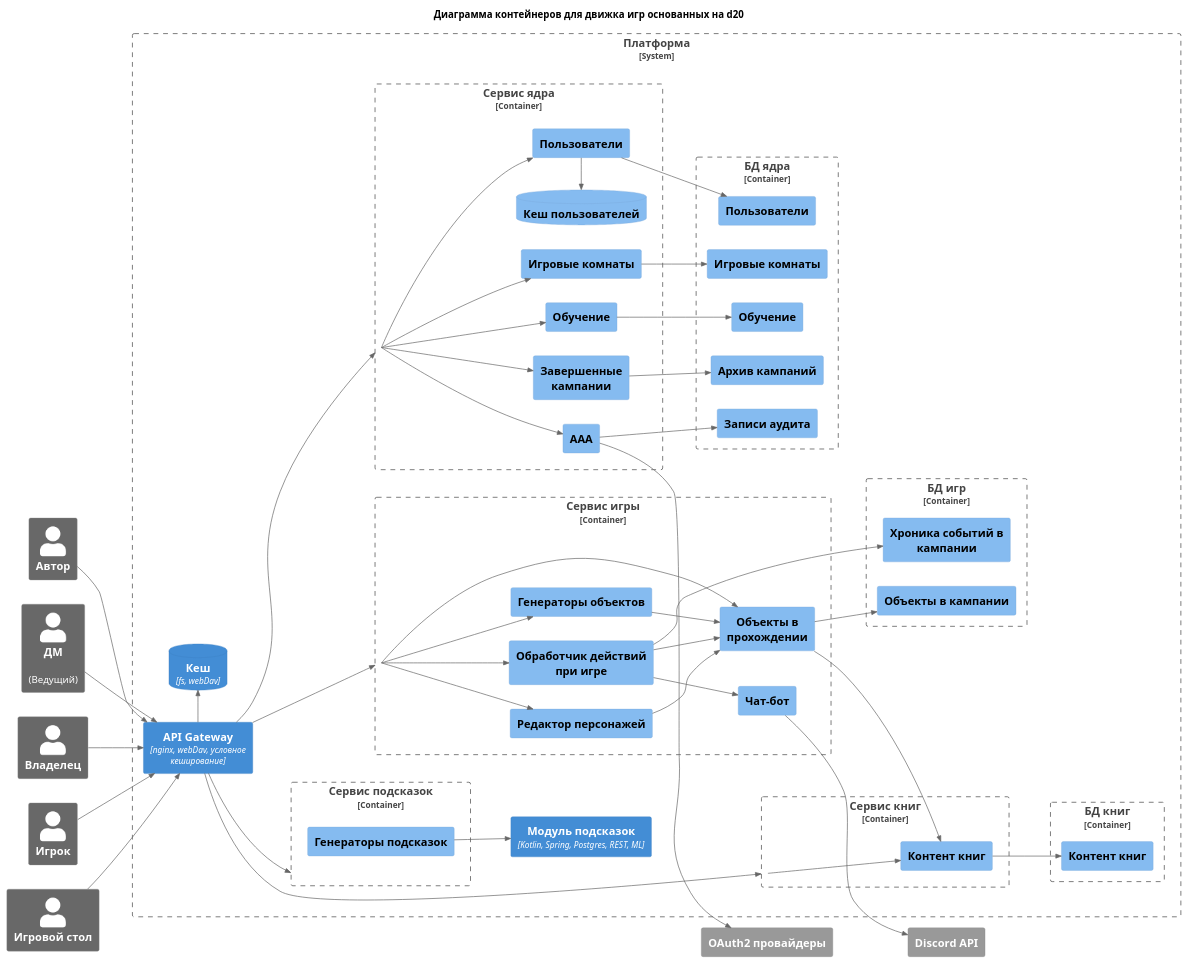
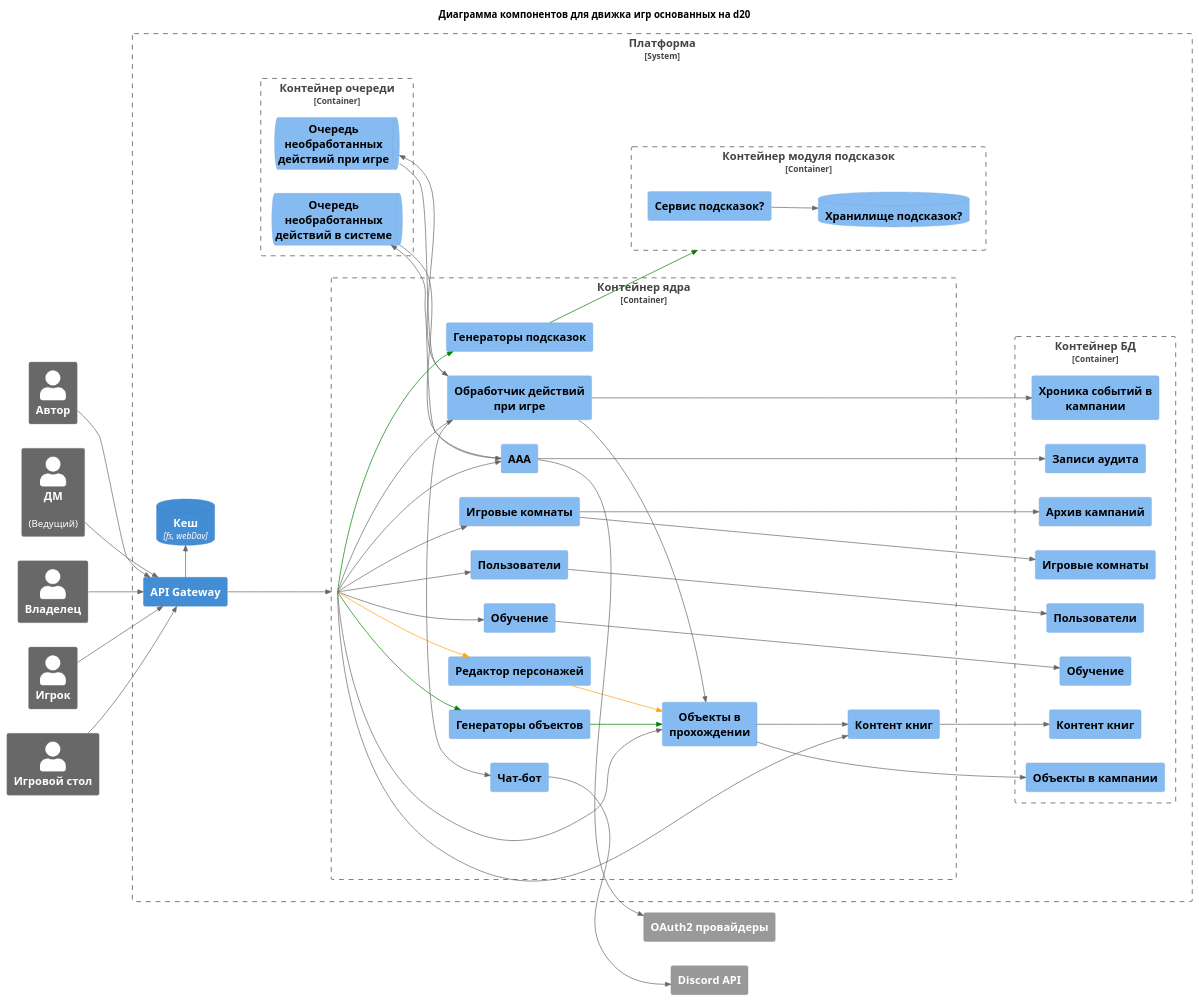
The diagram in chart/с4/C4component_1.puml (butakovmv/d20e_arch), drawn with PlantUML before and after one commit. The commit also changed 44 other files, not shown here.

Commit message:
Диаграммы последовательности

```diff
--- a/chart/с4/C4component_1.puml
+++ b/chart/с4/C4component_1.puml
@@ -1,105 +1,105 @@
 @startuml
 !include https://raw.githubusercontent.com/plantuml-stdlib/C4-PlantUML/master/C4_Component.puml
 
-title Диаграмма контейнеров для движка игр основанных на d20
+title Диаграмма компонентов для движка игр основанных на d20
 HIDE_STEREOTYPE()
 LAYOUT_LEFT_RIGHT()
 
 Person_Ext(cm, "Автор", "")
 Person_Ext(dm, "ДМ", "(Ведущий)")
 Person_Ext(owner, "Владелец", "")
 Person_Ext(player, "Игрок", "")
 Person_Ext(table, "Игровой стол", "")
 System_Ext(oauth, "OAuth2 провайдеры", "")
 System_Ext(discord, "Discord API", "")
 
+AddRelTag("external", $lineColor="pink")
+AddRelTag("dm", $lineColor="green")
+AddRelTag("player", $lineColor="orange")
+
 System_Boundary(d20platform, "Платформа") {
-    Container(gateway, "API Gateway", "nginx, webDav, условное кеширование", "")
+    Container(gateway, "API Gateway")
     ContainerDb(cache, "Кеш", "fs, webDav", "")
 
-    Container_Boundary(bookApp, "Сервис книг", "Kotlin, Spring, REST", ""){
+    Container_Boundary(queue, "Контейнер очереди"){
+        ComponentQueue(eventQueue, "Очередь необработанных действий при игре")
+        ComponentQueue(auditQueue, "Очередь необработанных действий в системе")
+    }
+
+    Container_Boundary(ml, "Контейнер модуля подсказок") {
+        Component(mlService, "Сервис подсказок?")
+        ComponentDb(mlDB, "Хранилище подсказок?")
+        Rel(mlService, mlDB, "")
+    }
+
+    Container_Boundary(coreApp, "Контейнер ядра"){
+        Component(aaa,"AAA")
+        Component(learn,"Обучение")
+        Component(users,"Пользователи")
+        Component(rooms,"Игровые комнаты")
         Component(content,"Контент книг")
-    }
-    Container_Boundary(bookDB, "БД книг") {
-        Component(dbBooks,"Контент книг")
-    }
-    Rel(bookApp,content, "")
-    Rel(content, dbBooks, "")
-
-    Container_Boundary(hintApp, "Сервис подсказок", "Kotlin, Spring, Postgres, Redis, REST", ""){
-        Component(hintSupplier, "Генераторы подсказок")
-    }
-    Container(ml, "Модуль подсказок", "Kotlin, Spring, Postgres, REST, ML", "")
-    Rel(hintSupplier, ml, "")
-
-    Container_Boundary(gameApp, "Сервис игры", "Kotlin, Spring, Postgres, Redis, REST", ""){
-            Component(bot, "Чат-бот")
-            Component(eventHandler, "Обработчик действий при игре")
-            Component(generators, "Генераторы объектов")
-            Component(heroes,"Редактор персонажей")
-            Component(objects, "Объекты в прохождении")
-
-            Rel(gameApp, heroes, "")
-            Rel(gameApp, eventHandler, "")
-            Rel(gameApp, generators, "")
-            Rel(gameApp, objects, "")
-
-            Rel(generators, objects, "")
-            Rel(heroes, objects, "")
-
-            Rel_D(eventHandler, objects, "")
-            Rel_D(eventHandler, bot, "")
-        }
-        Container_Boundary(gameDB, "БД игр") {
-            Component(dbObjects,"Объекты в кампании")
-            Component(dbChronic, "Хроника событий в кампании")
-        }
-        Rel(objects, dbObjects,  "")
-        Rel(eventHandler, dbChronic,  "")
-
-    Container_Boundary(coreApp, "Сервис ядра", "Kotlin, Spring, Postgres, Redis, REST", ""){
-        Component(aaa,"AAA")
-        Component(archive, "Завершенные кампании")
-        Component(learn,"Обучение")
-        Component(rooms,"Игровые комнаты")
-        Component(users,"Пользователи")
-        ComponentDb(userCache, "Кеш пользователей")
-        Rel_L(users, userCache,"")
+        Component(hintSupplier, "Генераторы подсказок", "")
+        Rel(coreApp, hintSupplier, "", $tags="dm")
+        Rel(hintSupplier, ml, "", $tags="dm")
         Rel(coreApp, aaa,"")
-        Rel(coreApp, archive,"")
+        Rel(coreApp, content, "")
         Rel(coreApp, learn,"")
         Rel(coreApp, rooms,"")
         Rel(coreApp, users,"")
 
+        Component(bot, "Чат-бот")
+        Component(eventHandler, "Обработчик действий при игре")
+        Component(generators, "Генераторы объектов")
+        Component(heroes,"Редактор персонажей")
+        Component(objects, "Объекты в прохождении")
+
+        Rel(coreApp, heroes, "", $tags="player")
+        Rel(coreApp, eventHandler, "")
+        Rel(coreApp, generators, "", $tags="dm")
+        Rel(coreApp, objects, "")
+
+        Rel(generators, objects, "", $tags="dm")
+        Rel(heroes, objects, "", $tags="player")
+
+        Rel_D(eventHandler, objects, "")
+        Rel_L(eventHandler, eventQueue, "")
+        Rel_D(eventQueue, eventHandler, "")
+        Rel_L(eventHandler, bot, "")
     }
-    Container_Boundary(coreDB, "БД ядра") {
+    Container_Boundary(coreDB, "Контейнер БД") {
+        Component(dbBooks,"Контент книг")
+        Component(dbObjects,"Объекты в кампании")
+        Component(dbChronic, "Хроника событий в кампании")
         Component(dbLearn,"Обучение")
         Component(dbUsers,"Пользователи")
         Component(dbRooms,"Игровые комнаты")
         Component(dbArchive,"Архив кампаний")
         Component(dbAAA,"Записи аудита")
     }
     Rel(rooms, dbRooms, "")
     Rel(users, dbUsers, "")
     Rel(learn, dbLearn, "")
-    Rel(archive, dbArchive, "")
+    Rel(rooms, dbArchive, "")
     Rel(aaa, dbAAA, "")
+    Rel(aaa, auditQueue, "")
+    Rel(auditQueue, aaa, "")
 }
 Rel_D(cm, gateway, "")
 Rel_D(dm, gateway, "")
 Rel_D(owner, gateway, "")
 Rel_D(player, gateway, "")
 Rel_D(table, gateway, "")
 
 Rel_R(gateway, cache, "")
 Rel(gateway, coreApp, "")
-Rel(gateway, hintApp, "")
-Rel(gateway, bookApp, "")
-Rel(gateway, gameApp, "")
+
+Rel(objects, dbObjects,  "")
+Rel(eventHandler, dbChronic,  "")
+Rel(content, dbBooks, "")
 
 Rel(aaa, oauth, "")
 Rel(bot, discord, "")
 
 Rel(objects, content, "")
 
 @enduml
```
